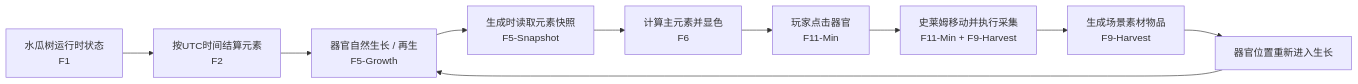
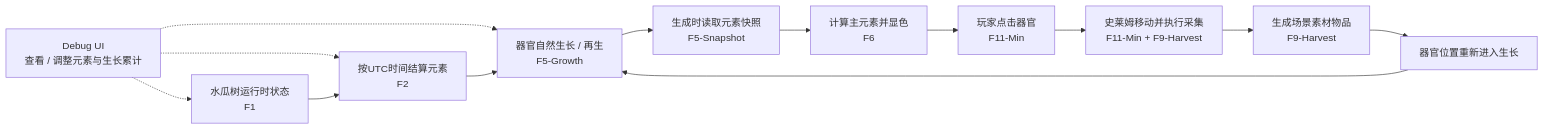
The second of 4 diagrams in mvp/watermelon-kitchen/implementation-roadmap.md (Ri0n72Y/idea-slime-bar), drawn with Mermaid before and after one commit. The commit also changed other lines of this file, not shown here.

Commit message:
docs: add debug UI to first visible vertical slice

````diff
--- a/mvp/watermelon-kitchen/implementation-roadmap.md
+++ b/mvp/watermelon-kitchen/implementation-roadmap.md
@@ -381,13 +402,18 @@
 ```mermaid
 flowchart LR
+    X[Debug UI<br/>查看 / 调整元素与生长累计]
+    -.-> A
+    X -.-> B
+    X -.-> C
+
     A[水瓜树运行时状态<br/>F1]
     --> B[按UTC时间结算元素<br/>F2]
     --> C[器官自然生长 / 再生<br/>F5-Growth]
     --> D[生成时读取元素快照<br/>F5-Snapshot]
     --> E[计算主元素并显色<br/>F6]
     --> F[玩家点击器官<br/>F11-Min]
     --> G[史莱姆移动并执行采集<br/>F11-Min + F9-Harvest]
     --> H[生成场景素材物品<br/>F9-Harvest]
     --> I[器官位置重新进入生长]
     --> C
 ```
````
